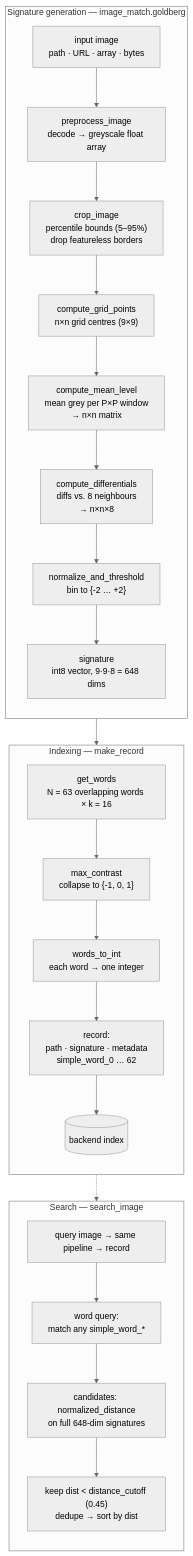
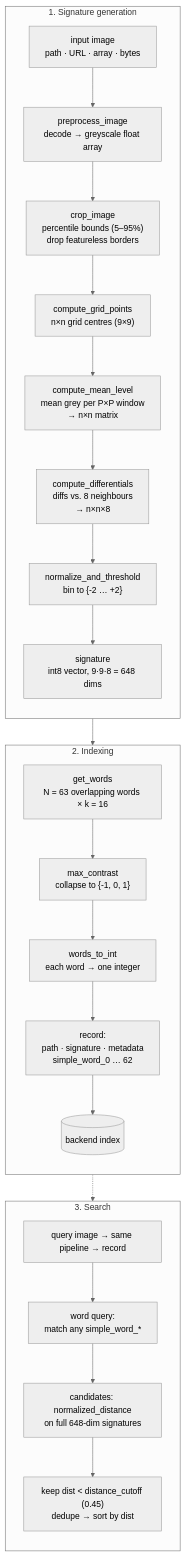
The diagram in docs/source/signatures.rst (smeinecke/image-match), drawn with Mermaid (neutral theme) before and after one commit. The commit also changed 2 other files, not shown here.

Commit message:
docs: fix mermaid diagram readability
sphinxcontrib-mermaid injects svg{height:500px;width:100%} at runtime,
squashing the pipeline diagram (viewBox 706x2380) into a 500px box.
Override with height:auto/!important via _static/mermaid.css, stack the
subgraphs vertically (flowchart TB), and shorten subgraph titles so
they fit the narrow column. Verified rendered at natural size.

```diff
--- a/docs/source/signatures.rst
+++ b/docs/source/signatures.rst
@@ -74,30 +74,30 @@
 .. mermaid::
 
-    flowchart TD
-        subgraph sig["Signature generation — image_match.goldberg"]
+    flowchart TB
+        subgraph sig["1. Signature generation"]
             direction TB
             A["input image<br/>path · URL · array · bytes"] --> B["preprocess_image<br/>decode → greyscale float array"]
             B --> C["crop_image<br/>percentile bounds (5–95%)<br/>drop featureless borders"]
             C --> D["compute_grid_points<br/>n×n grid centres (9×9)"]
             D --> E["compute_mean_level<br/>mean grey per P×P window<br/>→ n×n matrix"]
             E --> F["compute_differentials<br/>diffs vs. 8 neighbours<br/>→ n×n×8"]
             F --> G["normalize_and_threshold<br/>bin to {-2 … +2}"]
             G --> H["signature<br/>int8 vector, 9·9·8 = 648 dims"]
         end
 
-        subgraph idx["Indexing — make_record"]
+        subgraph idx["2. Indexing"]
             direction TB
             H --> I["get_words<br/>N = 63 overlapping words × k = 16"]
             I --> J["max_contrast<br/>collapse to {-1, 0, 1}"]
             J --> K["words_to_int<br/>each word → one integer"]
             K --> L["record:<br/>path · signature · metadata<br/>simple_word_0 … 62"]
             L --> M[("backend index")]
         end
 
-        subgraph qry["Search — search_image"]
+        subgraph qry["3. Search"]
             direction TB
             Q["query image → same pipeline → record"] --> R["word query:<br/>match any simple_word_*"]
             M -.-> R
             R --> S["candidates: normalized_distance<br/>on full 648-dim signatures"]
             S --> T["keep dist &lt; distance_cutoff (0.45)<br/>dedupe → sort by dist"]
         end
```
